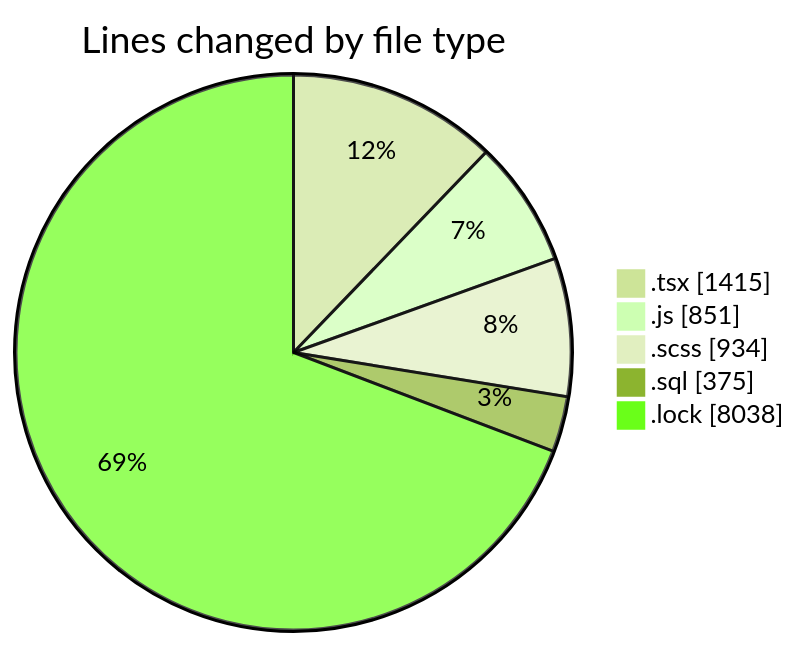
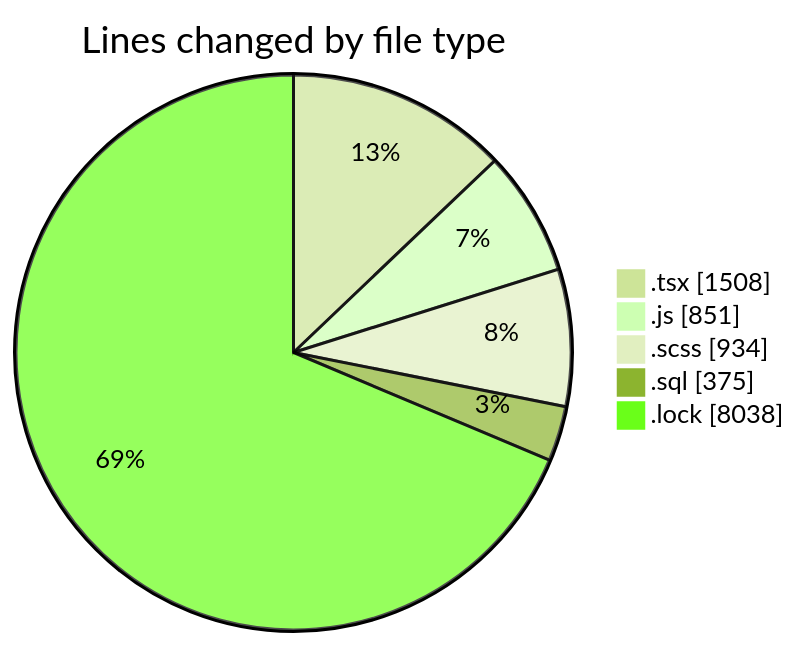
Before and after one commit to momahboobian/code-tracking: the first of 2 diagrams in 2025-03-18/cda/README.md, drawn with Mermaid (forest theme). The commit also changed other lines of this file and 1 other file, not shown here.

````diff
--- a/2025-03-18/cda/README.md
+++ b/2025-03-18/cda/README.md
@@ -32,9 +32,9 @@
 ```mermaid
 pie showData
 title Lines changed by file type
-".tsx" : 1415
+".tsx" : 1508
 ".js" : 851
 ".scss" : 934
 ".sql" : 375
 ".lock" : 8038
 ```
````
